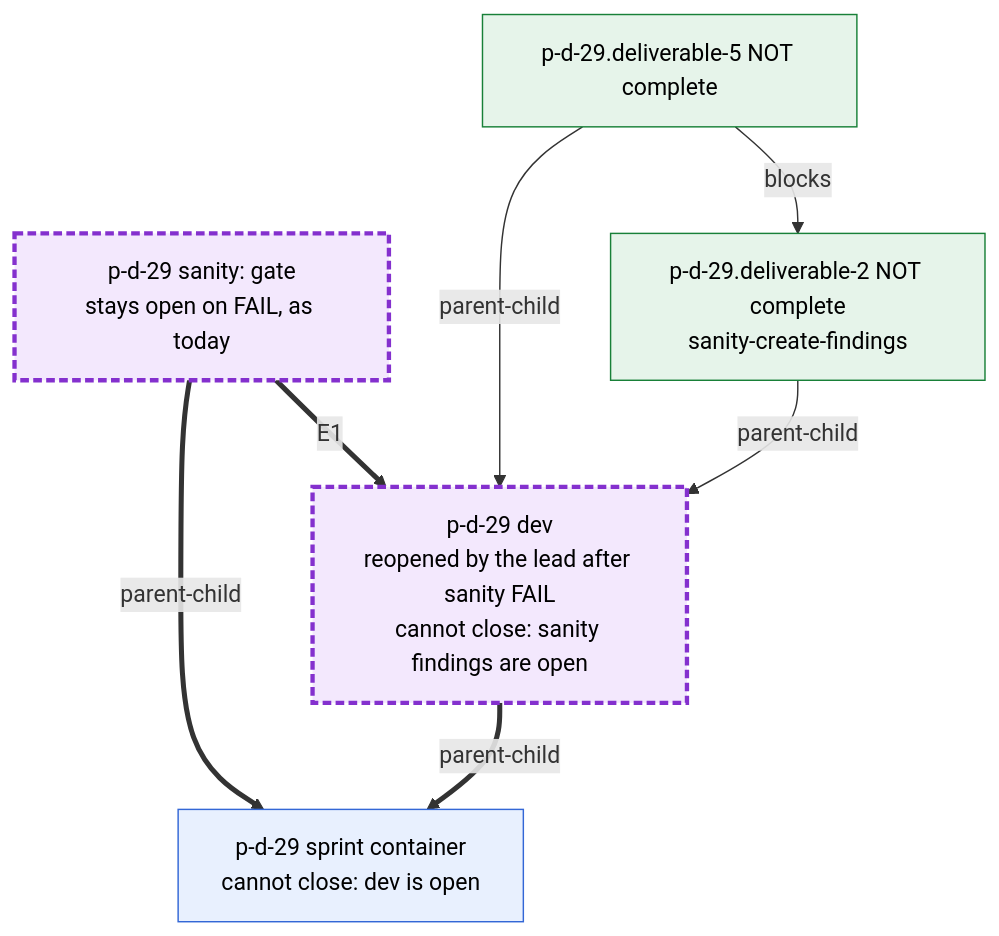
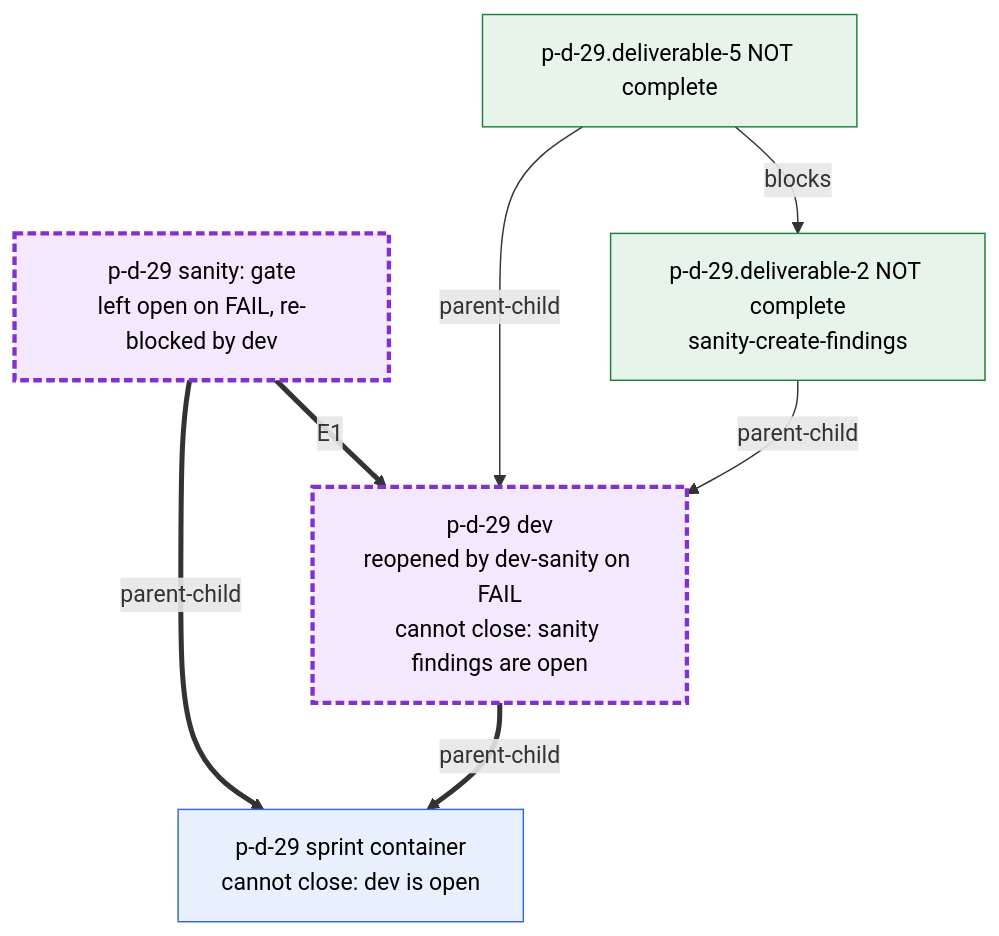
Before and after one commit to randlee/atm-bd-orchestration: the fourth of 4 diagrams in docs/diagrams/04-sprint-to-be.md, drawn with Mermaid. The commit also changed other lines of this file and 6 other files, not shown here.

First line of the commit message:
docs: apply Rand's 2026-10-03 flat fix model to the bead diagrams

````diff
--- a/docs/diagrams/04-sprint-to-be.md
+++ b/docs/diagrams/04-sprint-to-be.md
@@ -186,19 +213,19 @@
 ```mermaid
 flowchart TB
   classDef tmpl fill:#e8f0fe,stroke:#3367d6,color:#000
   classDef poured fill:#f3e8fd,stroke:#8430ce,stroke-width:3px,stroke-dasharray:6 3,color:#000
   classDef script fill:#e6f4ea,stroke:#188038,color:#000
 
   SPR["p-d-29 sprint container<br/>cannot close: dev is open"]:::tmpl
-  DEV["p-d-29 dev<br/>reopened by the lead after sanity FAIL<br/>cannot close: sanity findings are open"]:::poured
-  SAN["p-d-29 sanity: gate<br/>stays open on FAIL, as today"]:::poured
+  DEV["p-d-29 dev<br/>reopened by dev-sanity on FAIL<br/>cannot close: sanity findings are open"]:::poured
+  SAN["p-d-29 sanity: gate<br/>left open on FAIL, re-blocked by dev"]:::poured
   SF1["p-d-29.deliverable-2 NOT complete<br/>sanity-create-findings"]:::script
   SF2["p-d-29.deliverable-5 NOT complete"]:::script
 
   DEV ==>|parent-child| SPR
   SAN ==>|parent-child| SPR
   SAN ==>|"E1"| DEV
   SF1 -->|parent-child| DEV
   SF2 -->|parent-child| DEV
   SF2 -->|blocks| SF1
 ```
````
